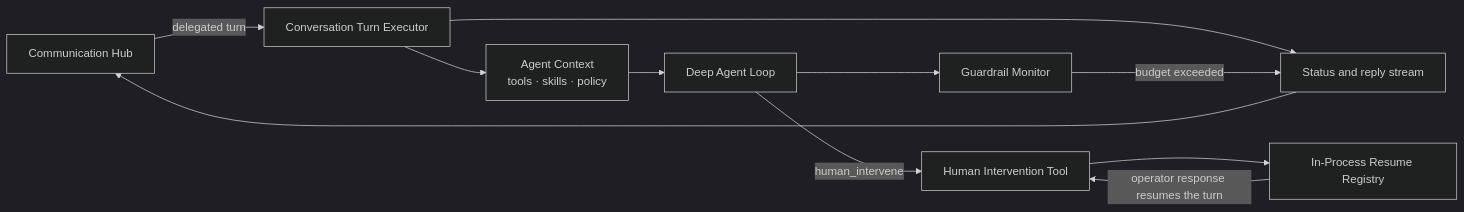
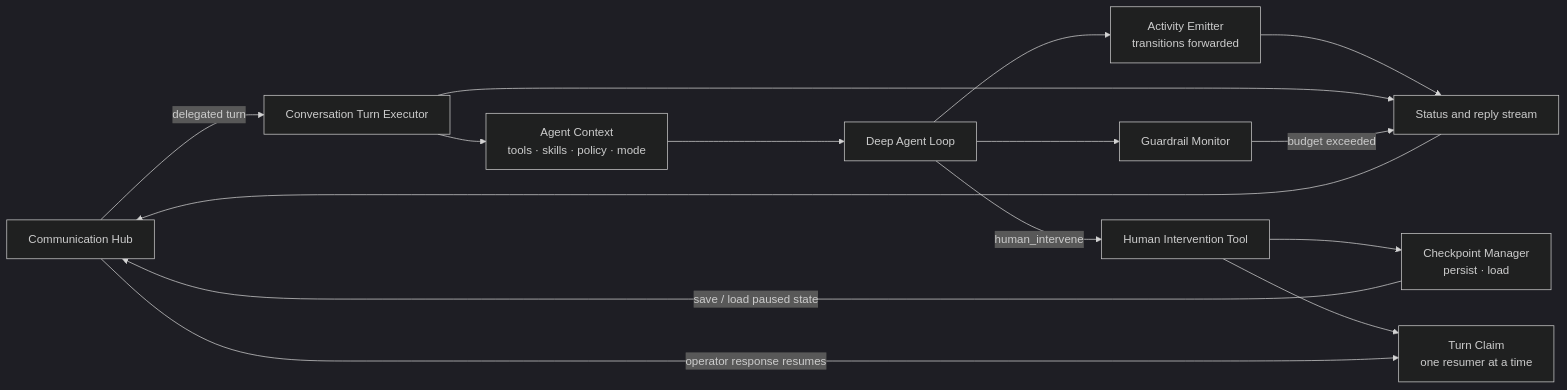
Before and after one commit to hurungang/parthenon: the first of 4 diagrams in docs/master/architecture/modules/agent-runtime/architecture.md, drawn with Mermaid (dark theme). The commit also changed other lines of this file and 414 other files, not shown here.

````diff
--- a/docs/master/architecture/modules/agent-runtime/architecture.md
+++ b/docs/master/architecture/modules/agent-runtime/architecture.md
@@ -53,22 +53,28 @@
 ```mermaid
 flowchart LR
     CH[Communication Hub]
     TURN[Conversation Turn Executor]
-    CTX[Agent Context<br/>tools · skills · policy]
+    CTX[Agent Context<br/>tools · skills · policy · mode]
     DA[Deep Agent Loop]
     POL[Guardrail Monitor]
-    RS[In-Process Resume Registry]
+    CKPT[Checkpoint Manager<br/>persist · load]
+    CLAIM[Turn Claim<br/>one resumer at a time]
+    EMIT[Activity Emitter<br/>transitions forwarded]
     HITL[Human Intervention Tool]
     EVT[Status and reply stream]
 
     CH -->|delegated turn| TURN
     TURN --> CTX
     CTX --> DA
     DA --> POL
     DA -->|human_intervene| HITL
-    HITL --> RS
-    RS -->|operator response resumes the turn| HITL
+    HITL --> CKPT
+    CKPT -->|save / load paused state| CH
+    HITL --> CLAIM
+    CH -->|operator response resumes| CLAIM
+    DA --> EMIT
+    EMIT --> EVT
     TURN --> EVT
     EVT --> CH
     POL -->|budget exceeded| EVT
 ```
````
